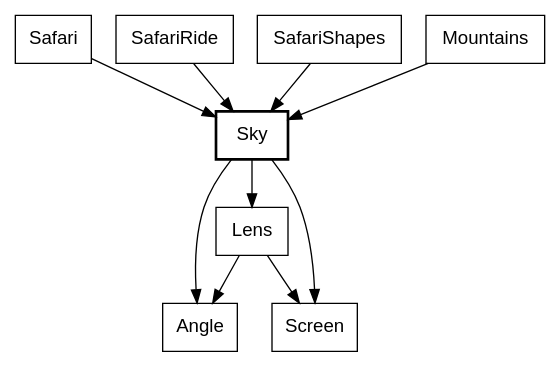
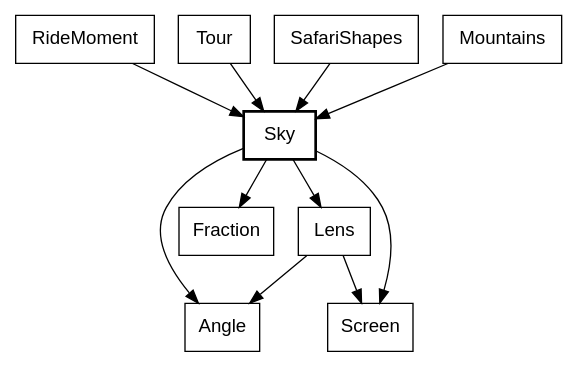
The fourth of 7 diagrams in notes/safari-tutorial-draft.md (showell/essay-repl-server), drawn with Graphviz before and after one commit. The commit also changed other lines of this file, not shown here.

````diff
--- a/notes/safari-tutorial-draft.md
+++ b/notes/safari-tutorial-draft.md
@@ -195,15 +321,16 @@
 ```dot
 digraph sky {
   node [shape=box, fontname="Helvetica"];
   Sky [style=bold];
-  Safari -> Sky;
-  SafariRide -> Sky;
+  RideMoment -> Sky;
+  Tour -> Sky;
   SafariShapes -> Sky;
   Mountains -> Sky;
   Sky -> Angle;
+  Sky -> Fraction;
   Sky -> Lens;
   Sky -> Screen;
   Lens -> Angle;
   Lens -> Screen;
 }
 ```
````
